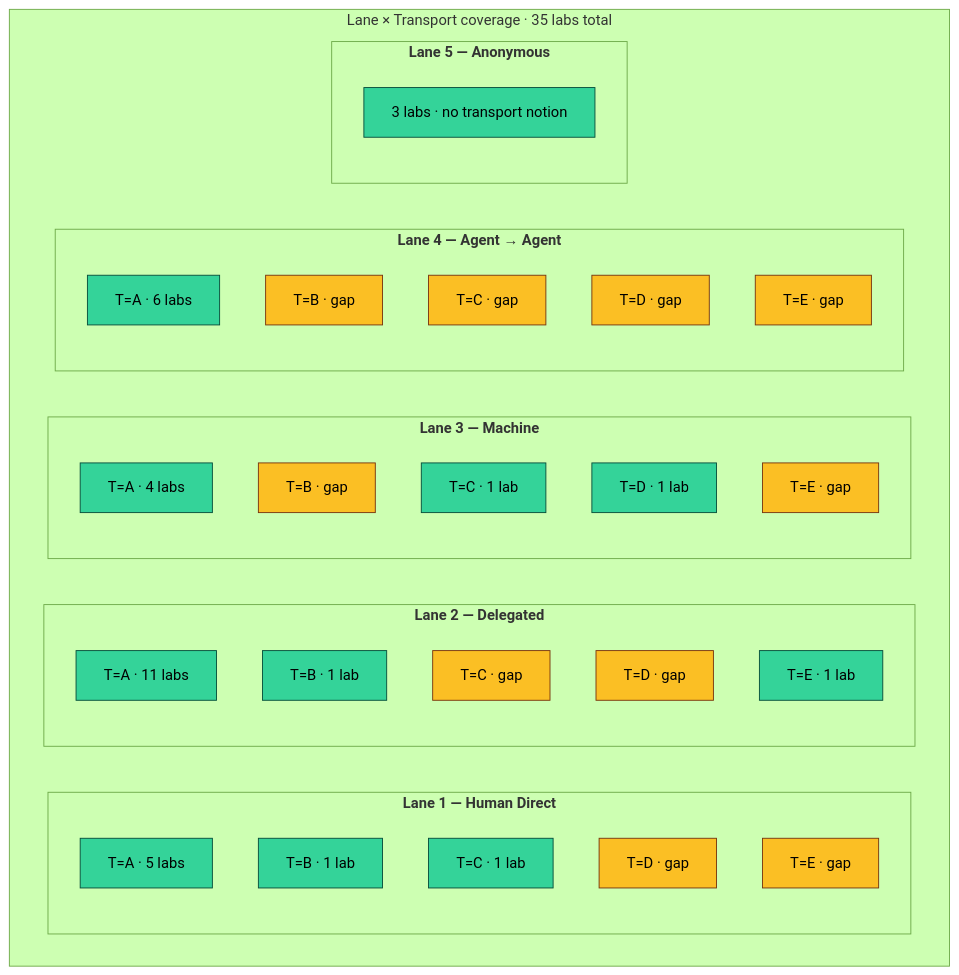
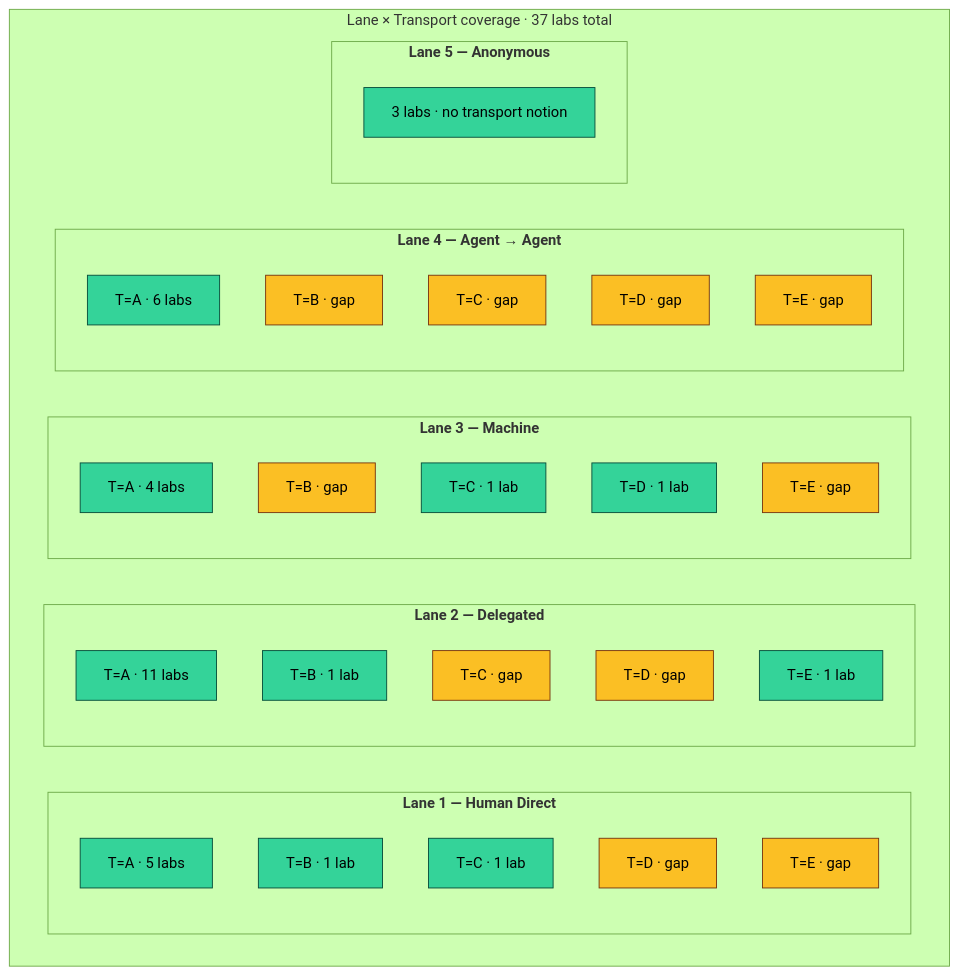
Before and after one commit to babywyrm/agentic-sec: the fourth of 4 diagrams in README.md, drawn with Mermaid (forest theme). The commit also changed other lines of this file and 2 other files, not shown here.

````diff
--- a/README.md
+++ b/README.md
@@ -391,39 +391,39 @@
 ```mermaid
 flowchart TB
-  subgraph grid["Lane × Transport coverage · 35 labs total"]
+  subgraph grid["Lane × Transport coverage · 37 labs total"]
     direction LR
     subgraph lane1["<b>Lane 1 — Human Direct</b>"]
       L1A["T=A · 5 labs"]:::filled
       L1B["T=B · 1 lab"]:::filled
       L1C["T=C · 1 lab"]:::filled
       L1D["T=D · gap"]:::gap
       L1E["T=E · gap"]:::gap
     end
     subgraph lane2["<b>Lane 2 — Delegated</b>"]
       L2A["T=A · 11 labs"]:::filled
       L2B["T=B · 1 lab"]:::filled
       L2C["T=C · gap"]:::gap
       L2D["T=D · gap"]:::gap
       L2E["T=E · 1 lab"]:::filled
     end
     subgraph lane3["<b>Lane 3 — Machine</b>"]
       L3A["T=A · 4 labs"]:::filled
       L3B["T=B · gap"]:::gap
       L3C["T=C · 1 lab"]:::filled
       L3D["T=D · 1 lab"]:::filled
       L3E["T=E · gap"]:::gap
     end
     subgraph lane4["<b>Lane 4 — Agent → Agent</b>"]
       L4A["T=A · 6 labs"]:::filled
       L4B["T=B · gap"]:::gap
       L4C["T=C · gap"]:::gap
       L4D["T=D · gap"]:::gap
       L4E["T=E · gap"]:::gap
     end
     subgraph lane5["<b>Lane 5 — Anonymous</b>"]
       L5["3 labs · no transport notion"]:::filled
     end
   end
   classDef filled fill:#34d399,stroke:#064e3b,color:#000;
   classDef gap    fill:#fbbf24,stroke:#78350f,color:#000;
 ```
````
